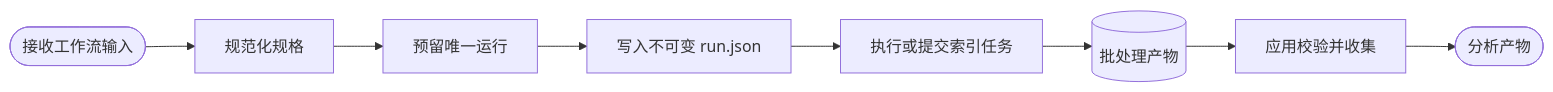
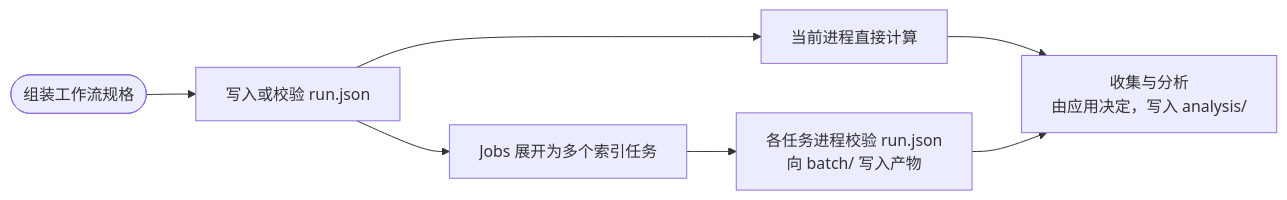
One commit to raser-team/raser changed the diagram in docs/cn/supports/runs.md. Above: the diagram before and after it, drawn with Mermaid. The commit also changed other lines of this file and 1 other file, not shown here.

First line of the commit message:
docs(runs): rewrite the run-record page

````diff
--- a/docs/cn/supports/runs.md
+++ b/docs/cn/supports/runs.md
@@ -54,13 +58,12 @@
 ```mermaid
 flowchart LR
     accTitle: RASER 运行记录生命周期
-    accDescr: 应用规范化输入、预留一次运行、写入不可变记录、执行索引任务，并在分析前单独校验产物。
+    accDescr: 应用组装规格、激活运行记录、在当前进程或展开为多个任务执行，并在适用时收集分析。
 
-    inputs([接收工作流输入]) --> normalize[规范化规格]
-    normalize --> reserve[预留唯一运行]
-    reserve --> record[写入不可变 run.json]
-    record --> jobs[执行或提交索引任务]
-    jobs --> batch[(批处理产物)]
-    batch --> collect[应用校验并收集]
-    collect --> analysis([分析产物])
+    spec([组装工作流规格]) --> activate[写入或校验 run.json]
+    activate --> single[当前进程直接计算]
+    activate --> fanout[Jobs 展开为多个索引任务]
+    fanout --> worker[各任务进程校验 run.json<br/>向 batch/ 写入产物]
+    single --> collect[收集与分析<br/>由应用决定，写入 analysis/]
+    worker --> collect
 ```
````
